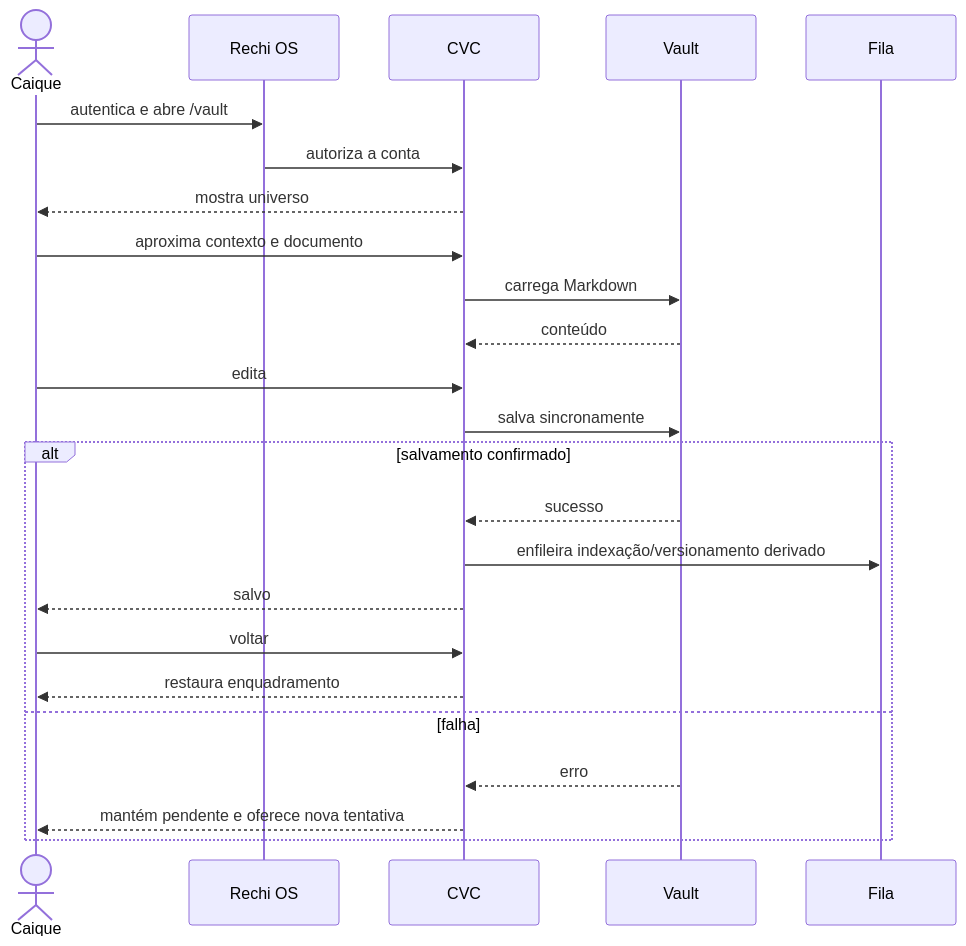
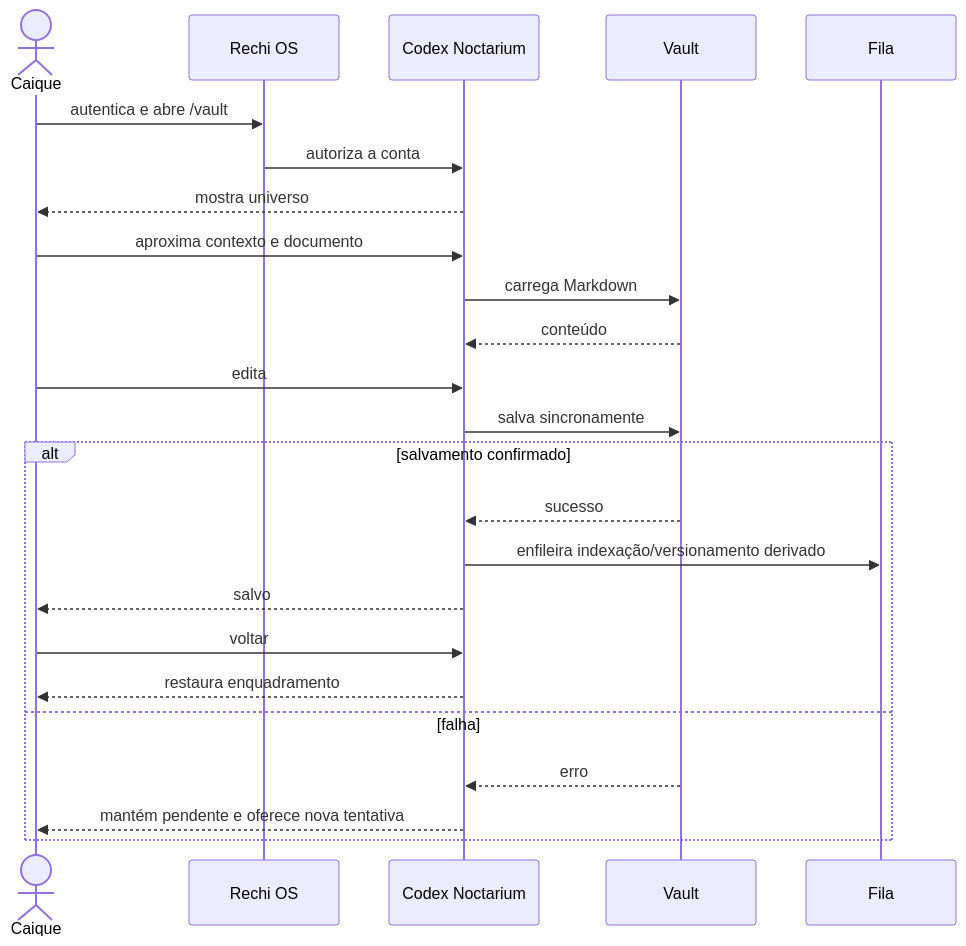
Before and after one commit to CaiqueRechi/Codex-Noctarium: the fourth of 6 diagrams in docs/requirements/crow-vault-canvas.md, drawn with Mermaid. The commit also changed other lines of this file and 6 other files, not shown here.

First line of the commit message:
docs: rename the product to Codex Noctarium across the documentation

````diff
--- a/docs/requirements/crow-vault-canvas.md
+++ b/docs/requirements/crow-vault-canvas.md
@@ -499,27 +500,27 @@
 ```mermaid
 sequenceDiagram
     actor Caique
     participant Rechi as Rechi OS
-    participant CVC
+    participant Codex Noctarium
     participant Vault
     participant Fila
 
     Caique->>Rechi: autentica e abre /vault
-    Rechi->>CVC: autoriza a conta
-    CVC-->>Caique: mostra universo
-    Caique->>CVC: aproxima contexto e documento
-    CVC->>Vault: carrega Markdown
-    Vault-->>CVC: conteúdo
-    Caique->>CVC: edita
-    CVC->>Vault: salva sincronamente
+    Rechi->>Codex Noctarium: autoriza a conta
+    Codex Noctarium-->>Caique: mostra universo
+    Caique->>Codex Noctarium: aproxima contexto e documento
+    Codex Noctarium->>Vault: carrega Markdown
+    Vault-->>Codex Noctarium: conteúdo
+    Caique->>Codex Noctarium: edita
+    Codex Noctarium->>Vault: salva sincronamente
     alt salvamento confirmado
-        Vault-->>CVC: sucesso
-        CVC->>Fila: enfileira indexação/versionamento derivado
-        CVC-->>Caique: salvo
-        Caique->>CVC: voltar
-        CVC-->>Caique: restaura enquadramento
+        Vault-->>Codex Noctarium: sucesso
+        Codex Noctarium->>Fila: enfileira indexação/versionamento derivado
+        Codex Noctarium-->>Caique: salvo
+        Caique->>Codex Noctarium: voltar
+        Codex Noctarium-->>Caique: restaura enquadramento
     else falha
-        Vault-->>CVC: erro
-        CVC-->>Caique: mantém pendente e oferece nova tentativa
+        Vault-->>Codex Noctarium: erro
+        Codex Noctarium-->>Caique: mantém pendente e oferece nova tentativa
     end
 ```
````
